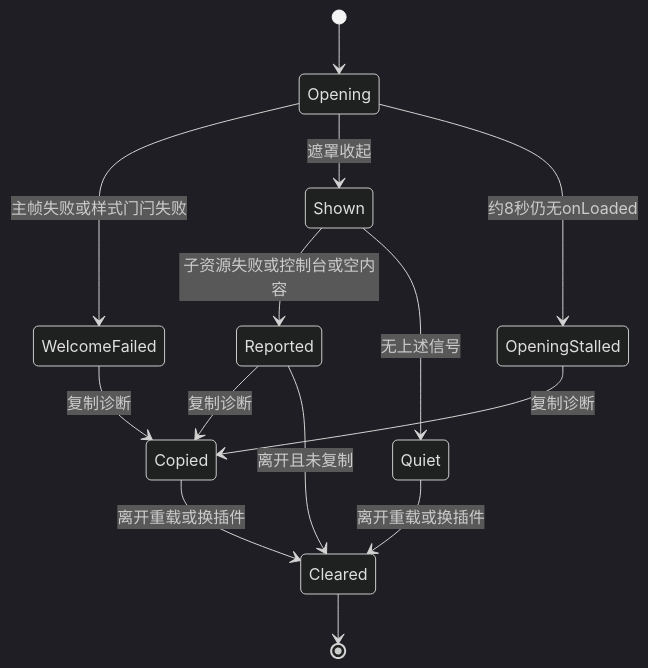
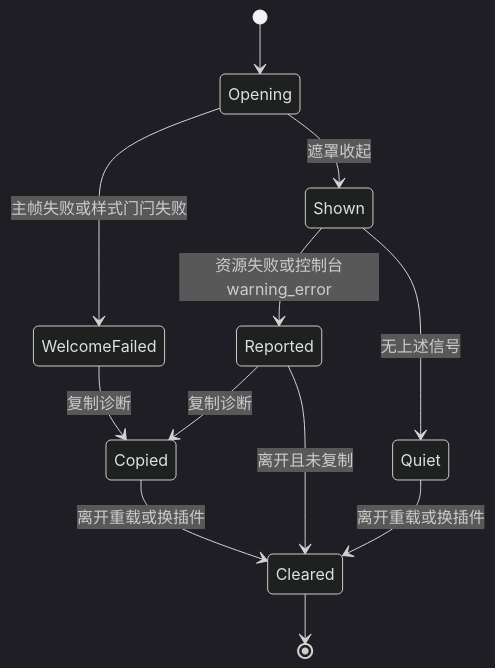
One commit to 0x00pluto/hy-evo-harness changed the second of 2 diagrams in specs/prds/prd-00022-plugin-page-diagnostics.md. Above: the diagram before and after it, drawn with Mermaid (dark theme). The commit also changed other lines of this file and 1 other file, not shown here.

````diff
--- a/specs/prds/prd-00022-plugin-page-diagnostics.md
+++ b/specs/prds/prd-00022-plugin-page-diagnostics.md
@@ -224,16 +237,14 @@
 ```mermaid
 stateDiagram-v2
   [*] --> Opening
   Opening --> WelcomeFailed: 主帧失败或样式门闩失败
   Opening --> Shown: 遮罩收起
-  Opening --> OpeningStalled: 约8秒仍无onLoaded
-  Shown --> Reported: 子资源失败或控制台或空内容
+  Shown --> Reported: 资源失败或控制台warning_error
   Shown --> Quiet: 无上述信号
   Reported --> Copied: 复制诊断
   WelcomeFailed --> Copied: 复制诊断
-  OpeningStalled --> Copied: 复制诊断
   Copied --> Cleared: 离开重载或换插件
   Quiet --> Cleared: 离开重载或换插件
   Reported --> Cleared: 离开且未复制
   Cleared --> [*]
 ```
````
